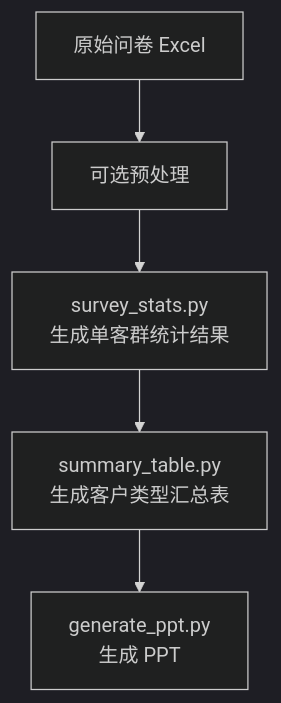
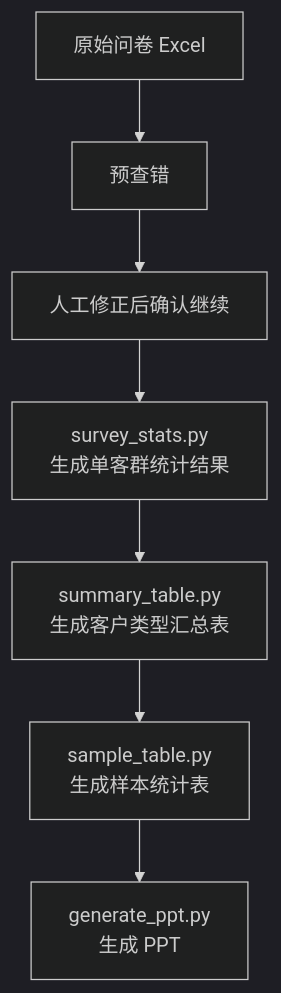
One commit to Mykeyb2004/hangbo changed the first of 2 diagrams in docs/workflow.md. Above: the diagram before and after it, drawn with Mermaid (dark theme). The commit also changed other lines of this file and 104 other files, not shown here.

````diff
--- a/docs/workflow.md
+++ b/docs/workflow.md
@@ -63,7 +82,9 @@
 ```mermaid
 flowchart TD
-    A["原始问卷 Excel"] --> B["可选预处理"]
-    B --> C["survey_stats.py<br/>生成单客群统计结果"]
-    C --> D["summary_table.py<br/>生成客户类型汇总表"]
-    D --> E["generate_ppt.py<br/>生成 PPT"]
+    A["原始问卷 Excel"] --> B["预查错"]
+    B --> C["人工修正后确认继续"]
+    C --> D["survey_stats.py<br/>生成单客群统计结果"]
+    D --> E["summary_table.py<br/>生成客户类型汇总表"]
+    E --> F["sample_table.py<br/>生成样本统计表"]
+    F --> G["generate_ppt.py<br/>生成 PPT"]
 ```
````
